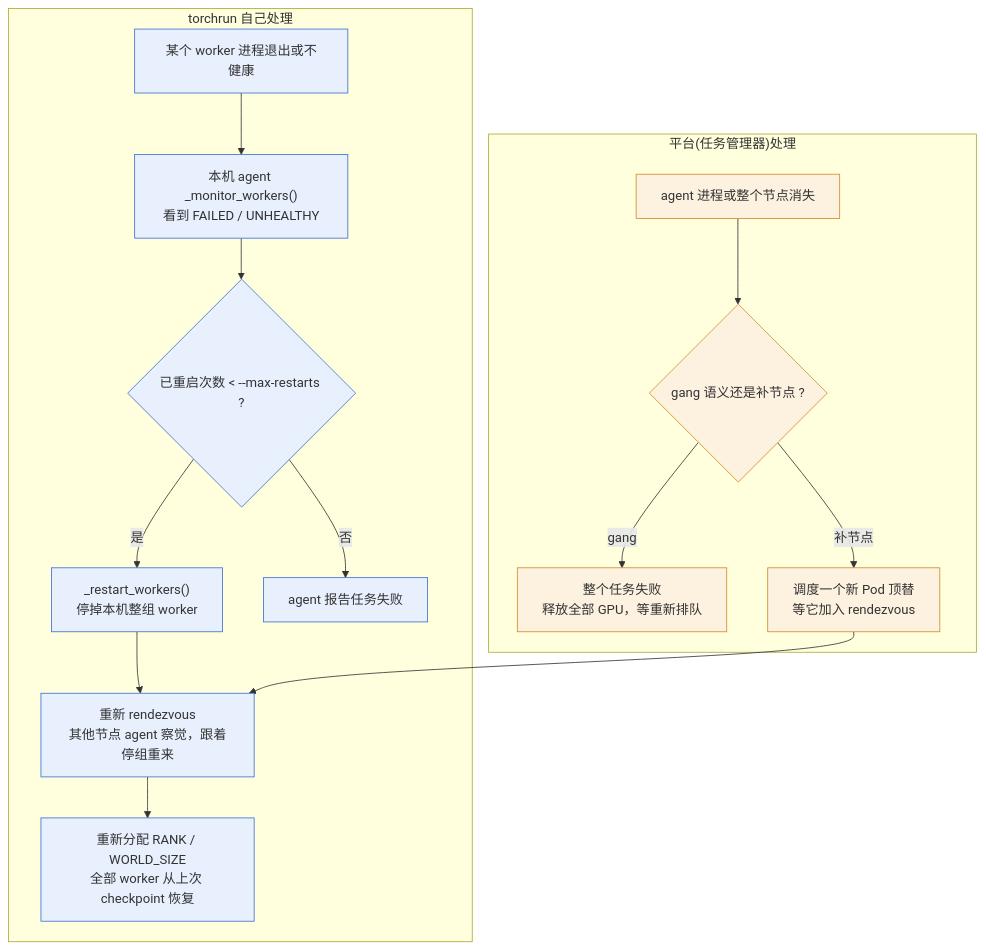
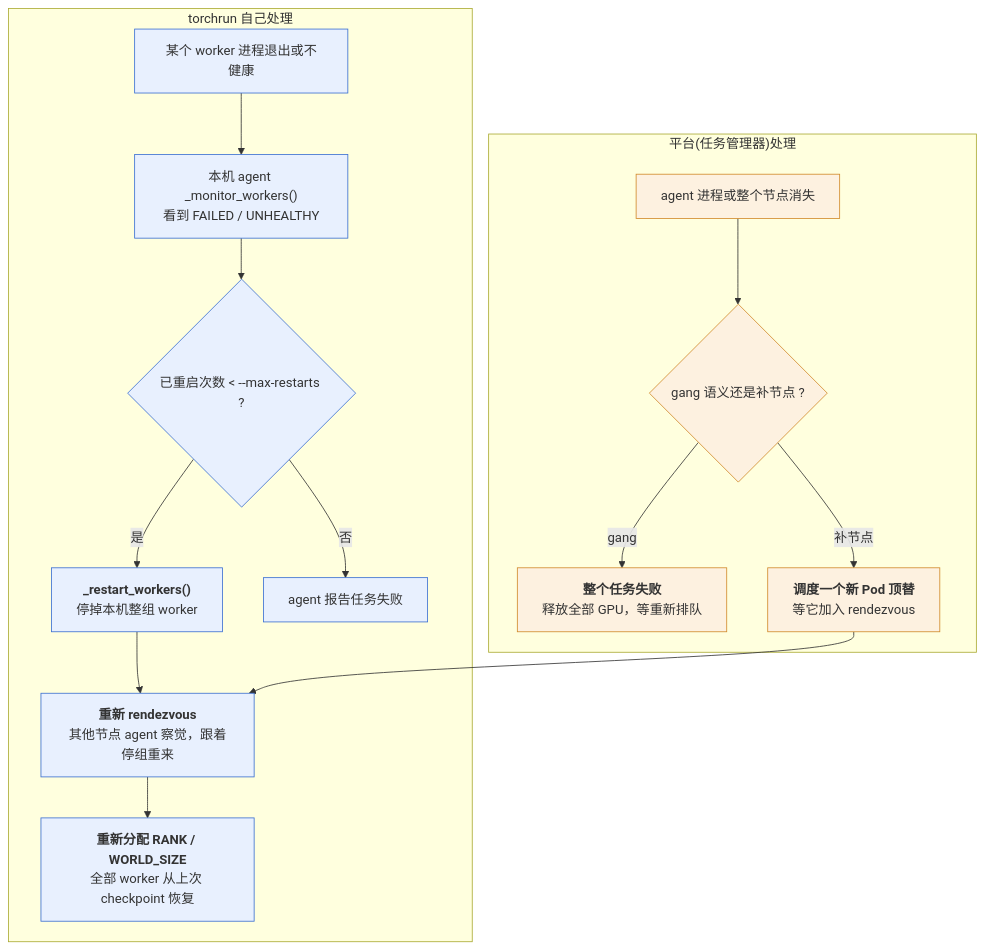
The first of 2 diagrams in _posts/2026-09-15-ai-platform-engine-requirements-and-architecture.md (arganzheng/arganzheng.github.com), drawn with Mermaid before and after one commit. The commit also changed 8 other files, not shown here.

First line of the commit message:
AI 平台工程：资源层与交付层：Mermaid 多行方框的首行标为标题（9 篇）

````diff
--- a/_posts/2026-09-15-ai-platform-engine-requirements-and-architecture.md
+++ b/_posts/2026-09-15-ai-platform-engine-requirements-and-architecture.md
@@ -117,22 +117,22 @@
 ```mermaid
 %% 图：两条故障路径与两个责任方：worker 挂了 torchrun 在 --max-restarts 内自己闭环，agent 或节点消失由平台按 gang 或补节点处理
 flowchart TB
     subgraph torch_side["torchrun 自己处理"]
         W["某个 worker 进程退出或不健康"] --> M["本机 agent _monitor_workers()<br/>看到 FAILED / UNHEALTHY"]
         M --> R{"已重启次数 < --max-restarts ?"}
-        R -- "是" --> K["_restart_workers()<br/>停掉本机整组 worker"]
-        K --> RZ["重新 rendezvous<br/>其他节点 agent 察觉，跟着停组重来"]
-        RZ --> RA["重新分配 RANK / WORLD_SIZE<br/>全部 worker 从上次 checkpoint 恢复"]
+        R -- "是" --> K["<b>_restart_workers()</b><br/>停掉本机整组 worker"]
+        K --> RZ["<b>重新 rendezvous</b><br/>其他节点 agent 察觉，跟着停组重来"]
+        RZ --> RA["<b>重新分配 RANK / WORLD_SIZE</b><br/>全部 worker 从上次 checkpoint 恢复"]
         R -- "否" --> F["agent 报告任务失败"]
     end
     subgraph plat_side["平台(任务管理器)处理"]
         A["agent 进程或整个节点消失"] --> P{"gang 语义还是补节点 ?"}
-        P -- "gang" --> FJ["整个任务失败<br/>释放全部 GPU，等重新排队"]
-        P -- "补节点" --> RP["调度一个新 Pod 顶替<br/>等它加入 rendezvous"]
+        P -- "gang" --> FJ["<b>整个任务失败</b><br/>释放全部 GPU，等重新排队"]
+        P -- "补节点" --> RP["<b>调度一个新 Pod 顶替</b><br/>等它加入 rendezvous"]
     end
     RP --> RZ
     classDef torch fill:#e8f0fe,stroke:#3b6fd1;
     classDef plat fill:#fdf1e0,stroke:#d18a2b;
     class W,M,R,K,RZ,RA,F torch;
     class A,P,FJ,RP plat;
 ```
````
